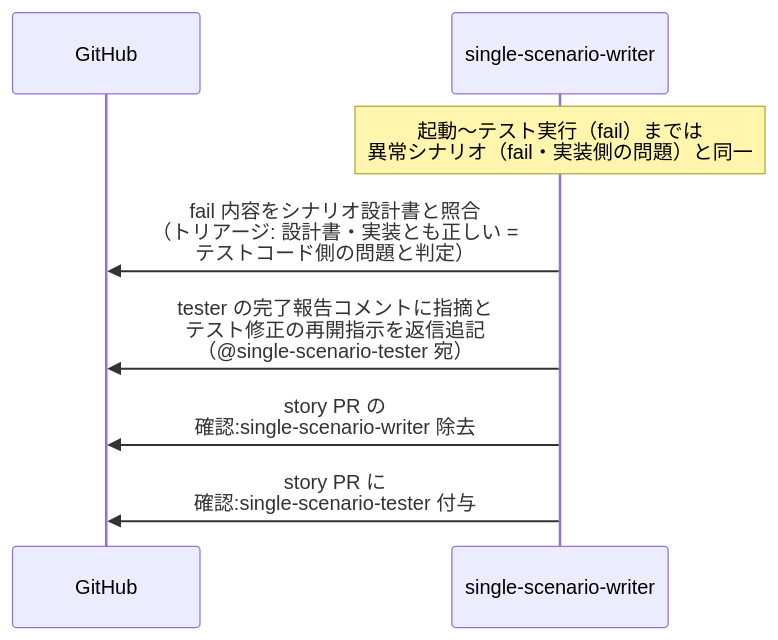
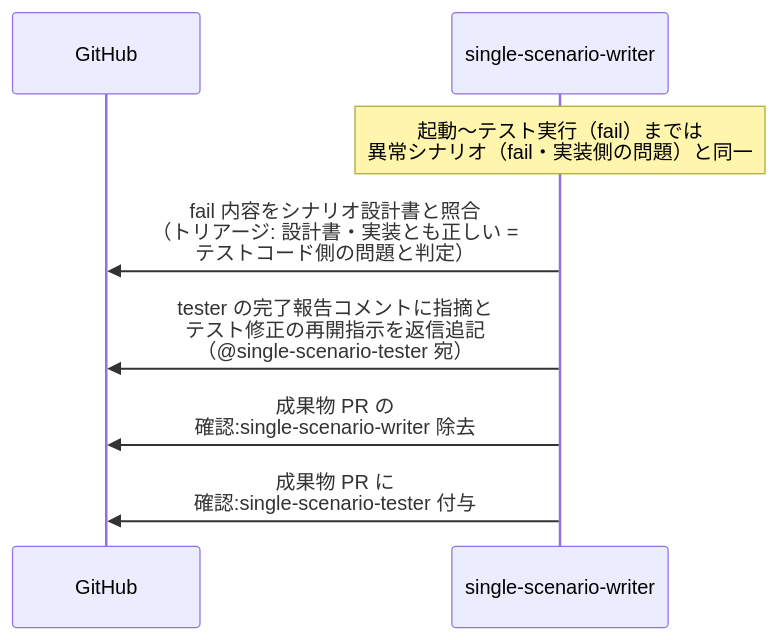
Before and after one commit to shuhei1101/ai-monitor: the fifth of 5 diagrams in docs/wiki/設計図/シナリオ/単一ユースケース/統合テストレビュー.md, drawn with Mermaid. The commit also changed other lines of this file and 103 other files, not shown here.

````diff
--- a/docs/wiki/設計図/シナリオ/単一ユースケース/統合テストレビュー.md
+++ b/docs/wiki/設計図/シナリオ/単一ユースケース/統合テストレビュー.md
@@ -197,11 +199,11 @@
 ```mermaid
 sequenceDiagram
   participant GH as GitHub
   participant MON as single-scenario-writer
 
   Note over MON: 起動〜テスト実行（fail）までは<br>異常シナリオ（fail・実装側の問題）と同一
   MON->>GH: fail 内容をシナリオ設計書と照合<br>（トリアージ: 設計書・実装とも正しい =<br>テストコード側の問題と判定）
   MON->>GH: tester の完了報告コメントに指摘と<br>テスト修正の再開指示を返信追記<br>（@single-scenario-tester 宛）
-  MON->>GH: story PR の<br>確認:single-scenario-writer 除去
-  MON->>GH: story PR に<br>確認:single-scenario-tester 付与
+  MON->>GH: 成果物 PR の<br>確認:single-scenario-writer 除去
+  MON->>GH: 成果物 PR に<br>確認:single-scenario-tester 付与
 ```
````
